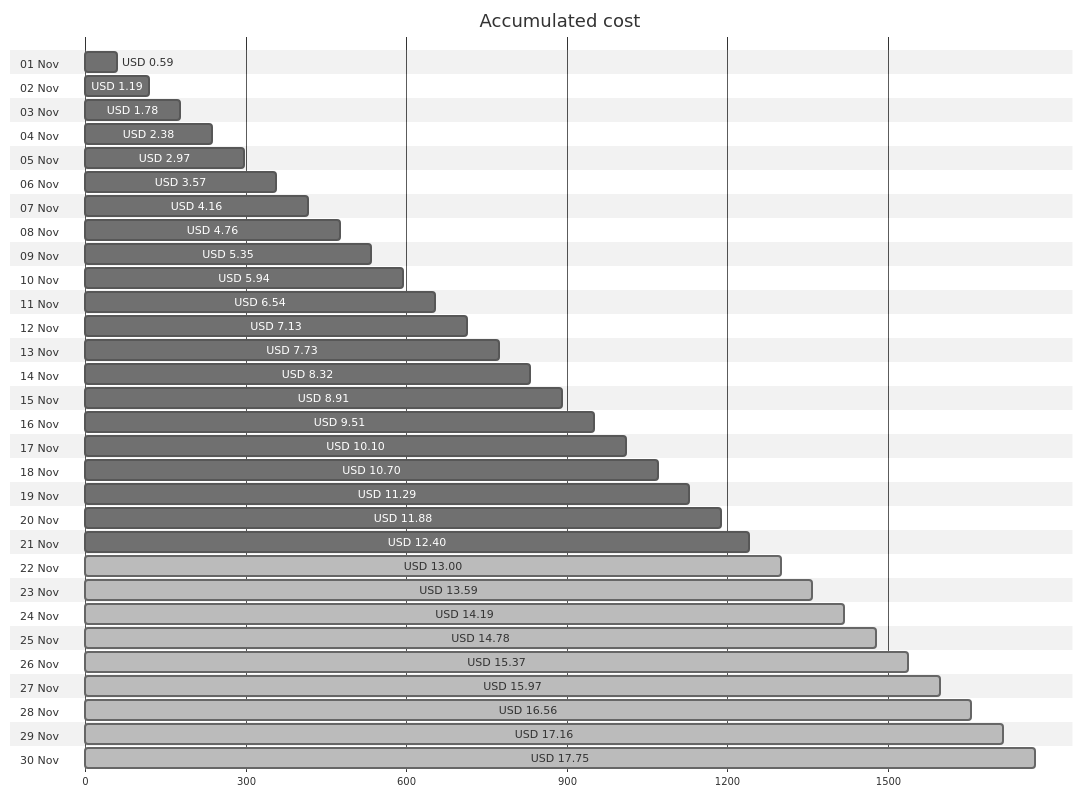
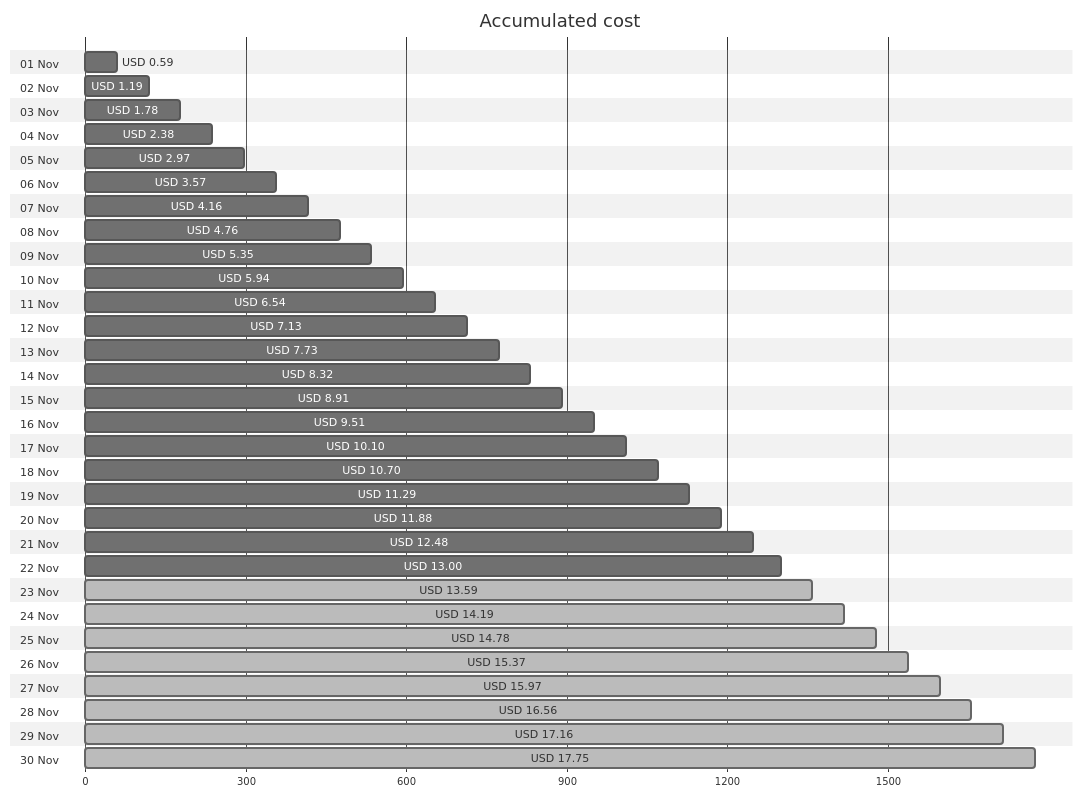
One commit to jpfulton/azure-personal-reports changed the first of 4 diagrams in cost-reports/personal-site/README.md. Above: the diagram before and after it, drawn with Mermaid (neutral theme). The commit also changed other lines of this file and 7 other files, not shown here.

````diff
--- a/cost-reports/personal-site/README.md
+++ b/cost-reports/personal-site/README.md
@@ -20,66 +20,66 @@
 ```mermaid
 gantt
    title Accumulated cost
    dateFormat  X
    axisFormat %s
    section 01 Nov
    USD 0.59 :0, 59
    section 02 Nov
    USD 1.19 :0, 119
    section 03 Nov
    USD 1.78 :0, 178
    section 04 Nov
    USD 2.38 :0, 238
    section 05 Nov
    USD 2.97 :0, 297
    section 06 Nov
    USD 3.57 :0, 357
    section 07 Nov
    USD 4.16 :0, 416
    section 08 Nov
    USD 4.76 :0, 476
    section 09 Nov
    USD 5.35 :0, 535
    section 10 Nov
    USD 5.94 :0, 594
    section 11 Nov
    USD 6.54 :0, 654
    section 12 Nov
    USD 7.13 :0, 713
    section 13 Nov
    USD 7.73 :0, 773
    section 14 Nov
    USD 8.32 :0, 832
    section 15 Nov
    USD 8.91 :0, 891
    section 16 Nov
    USD 9.51 :0, 951
    section 17 Nov
    USD 10.10 :0, 1010
    section 18 Nov
    USD 10.70 :0, 1070
    section 19 Nov
    USD 11.29 :0, 1129
    section 20 Nov
    USD 11.88 :0, 1188
    section 21 Nov
-   USD 12.40 :0, 1240
+   USD 12.48 :0, 1248
    section 22 Nov
-   USD 13.00 : done, 0, 1300
+   USD 13.00 :0, 1300
    section 23 Nov
    USD 13.59 : done, 0, 1359
    section 24 Nov
    USD 14.19 : done, 0, 1419
    section 25 Nov
    USD 14.78 : done, 0, 1478
    section 26 Nov
    USD 15.37 : done, 0, 1537
    section 27 Nov
    USD 15.97 : done, 0, 1597
    section 28 Nov
    USD 16.56 : done, 0, 1656
    section 29 Nov
    USD 17.16 : done, 0, 1716
    section 30 Nov
    USD 17.75 : done, 0, 1775
 ```
````
